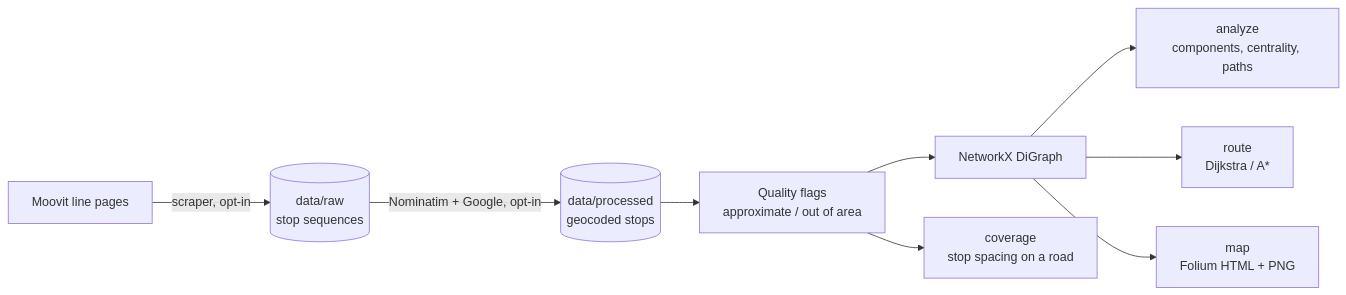
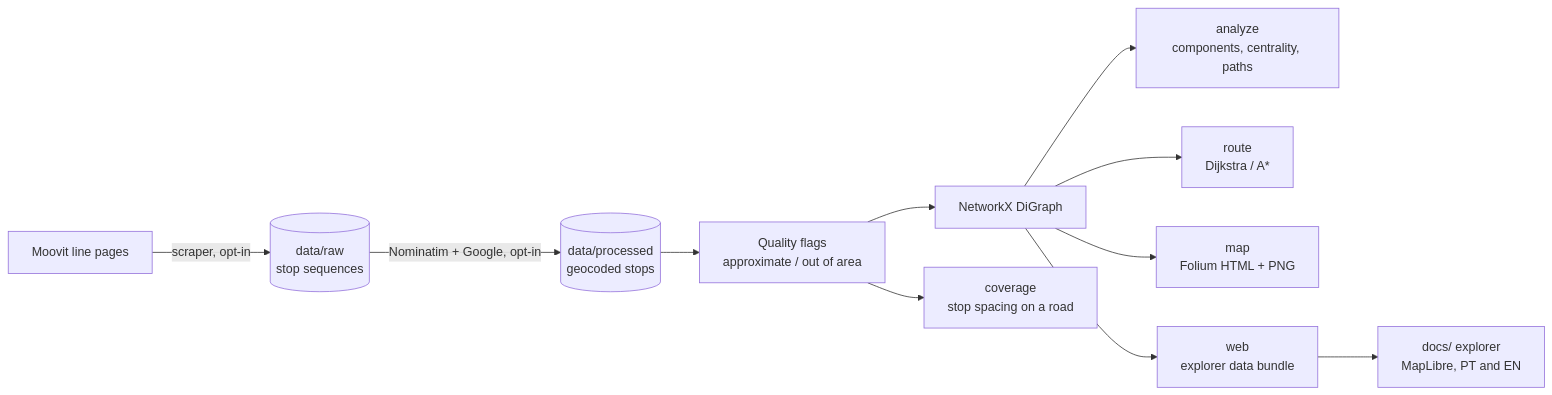
One commit to gcfialho/uerj-marica-transit-network changed the diagram in README.md. Above: the diagram before and after it, drawn with Mermaid. The commit also changed other lines of this file and 15 other files, not shown here.

Commit message:
feat(explorer): bilingual MapLibre explorer for lines, stops, routes and corridor spacing, fed by a web data bundle

````diff
--- a/README.md
+++ b/README.md
@@ -56,11 +67,13 @@
 ```mermaid
 flowchart LR
     A[Moovit line pages] -->|scraper, opt-in| B[(data/raw<br/>stop sequences)]
     B -->|Nominatim + Google, opt-in| C[(data/processed<br/>geocoded stops)]
     C --> D[Quality flags<br/>approximate / out of area]
     D --> E[NetworkX DiGraph]
     E --> F[analyze<br/>components, centrality, paths]
     E --> G[route<br/>Dijkstra / A*]
     D --> H[coverage<br/>stop spacing on a road]
     E --> I[map<br/>Folium HTML + PNG]
+    E --> J[web<br/>explorer data bundle]
+    J --> K[docs/ explorer<br/>MapLibre, PT and EN]
 ```
````
